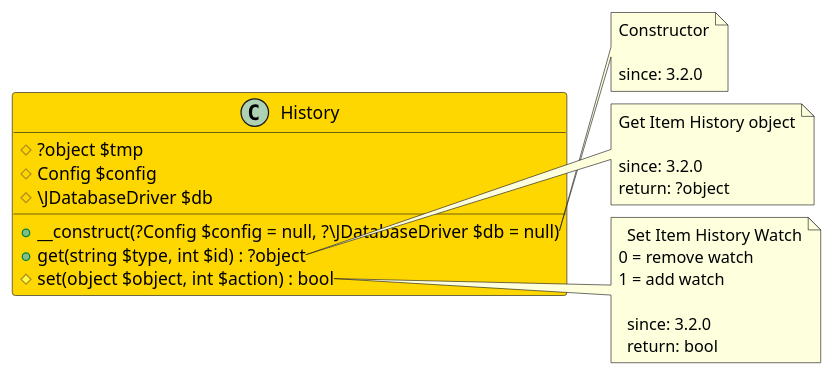
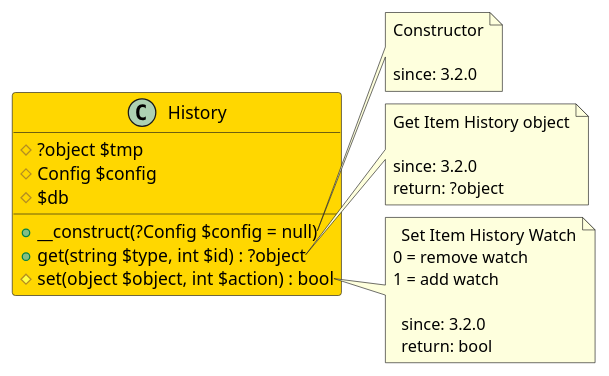
Before and after one commit to joomengine/jcb-compiler: the diagram in src/87db51b9-1126-4c21-858b-53dbd3a68b61/README.md, drawn with PlantUML. The commit also changed 399 other files, not shown here.

````diff
--- a/src/87db51b9-1126-4c21-858b-53dbd3a68b61/README.md
+++ b/src/87db51b9-1126-4c21-858b-53dbd3a68b61/README.md
@@ -11,35 +11,35 @@
 ```uml
 @startuml
 class History  #Gold {
   # ?object $tmp
   # Config $config
-  # \JDatabaseDriver $db
-  + __construct(?Config $config = null, ?\JDatabaseDriver $db = null)
+  # $db
+  + __construct(?Config $config = null)
   + get(string $type, int $id) : ?object
   # set(object $object, int $action) : bool
 }
 
 note right of History::__construct
   Constructor
 
   since: 3.2.0
 end note
 
 note right of History::get
   Get Item History object
 
   since: 3.2.0
   return: ?object
 end note
 
 note right of History::set
   Set Item History Watch
 0 = remove watch
 1 = add watch
 
   since: 3.2.0
   return: bool
 end note
  
 @enduml
 ```
````
